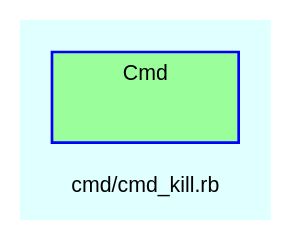
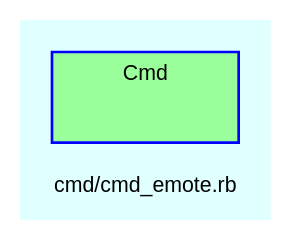
The diagram in doc/dot/f_12.dot (Tyche/teensymud), drawn with Graphviz before and after one commit. The commit also changed 160 other files, not shown here.

```diff
--- a/doc/dot/f_12.dot
+++ b/doc/dot/f_12.dot
@@ -1,29 +1,29 @@
 digraph TopLevel {
     compound = true
     bgcolor = lightcyan1
     fontname = Arial
     fontsize = 8
-    label = "cmd/cmd_kill.rb"
+    label = "cmd/cmd_emote.rb"
     node [
         fontname = Arial,
         fontsize = 8,
         color = black
     ]
 
     subgraph cluster_Cmd {
         fillcolor = palegreen1
         URL = "classes/Cmd.html"
         fontname = Arial
         color = blue
         label = "Cmd"
         style = filled
         Cmd [
             shape = plaintext,
             height = 0.01,
             width = 0.75,
             label = ""
         ]
 
     }
 
 }
```
